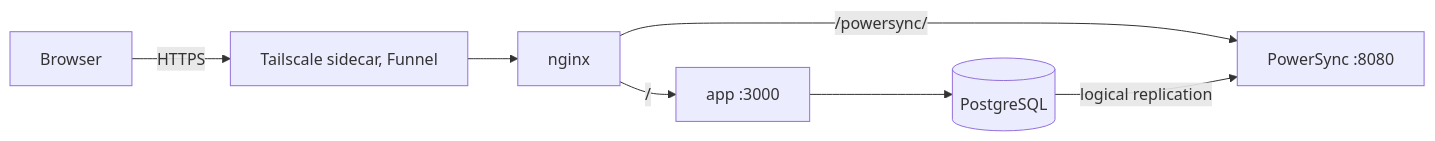
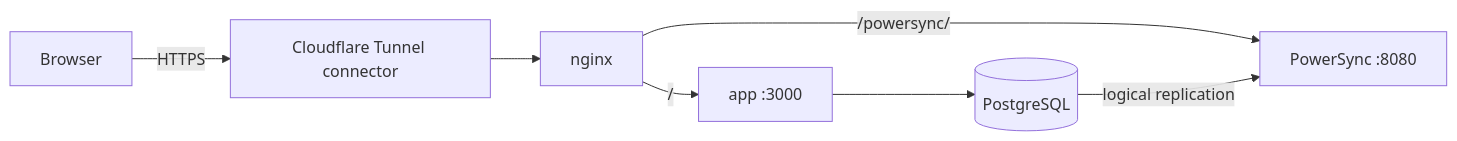
The diagram in deploy/README.md (AkosKappel/oriel), drawn with Mermaid before and after one commit. The commit also changed other lines of this file and 8 other files, not shown here.

Commit message:
Serve the live app at its akoskappel.dev subdomain through Cloudflare Tunnel

````diff
--- a/deploy/README.md
+++ b/deploy/README.md
@@ -14,9 +14,9 @@
 ```mermaid
 flowchart LR
-  Browser -->|HTTPS| TS[Tailscale sidecar, Funnel]
+  Browser -->|HTTPS| TS[Cloudflare Tunnel connector]
   TS --> nginx
   nginx -->|/| App[app :3000]
   nginx -->|/powersync/| PS[PowerSync :8080]
   App --> DB[(PostgreSQL)]
   DB -->|logical replication| PS
 ```
````
